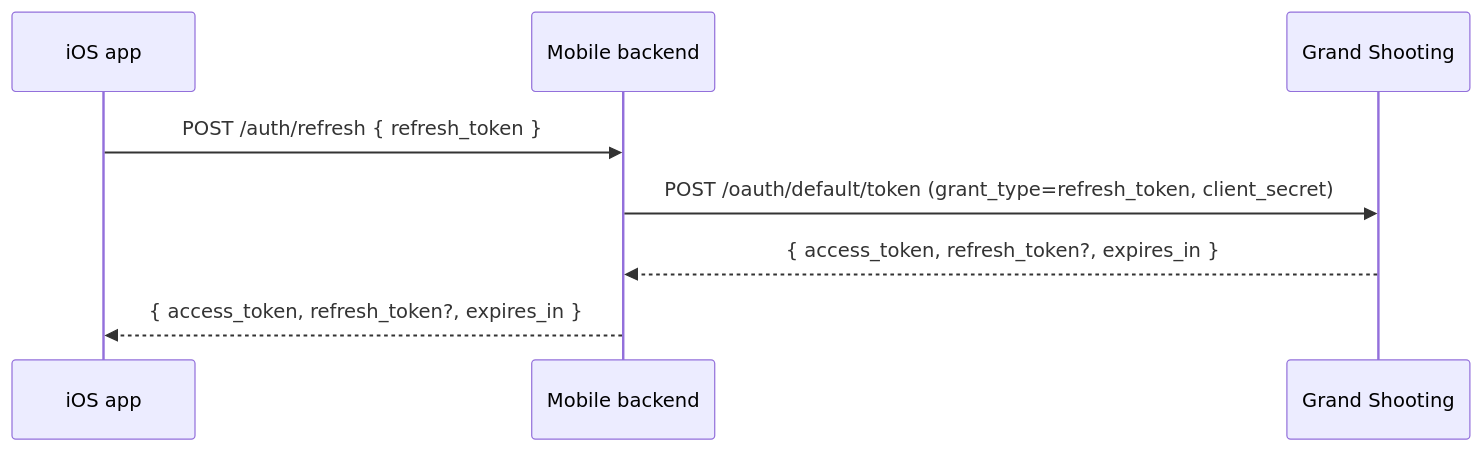
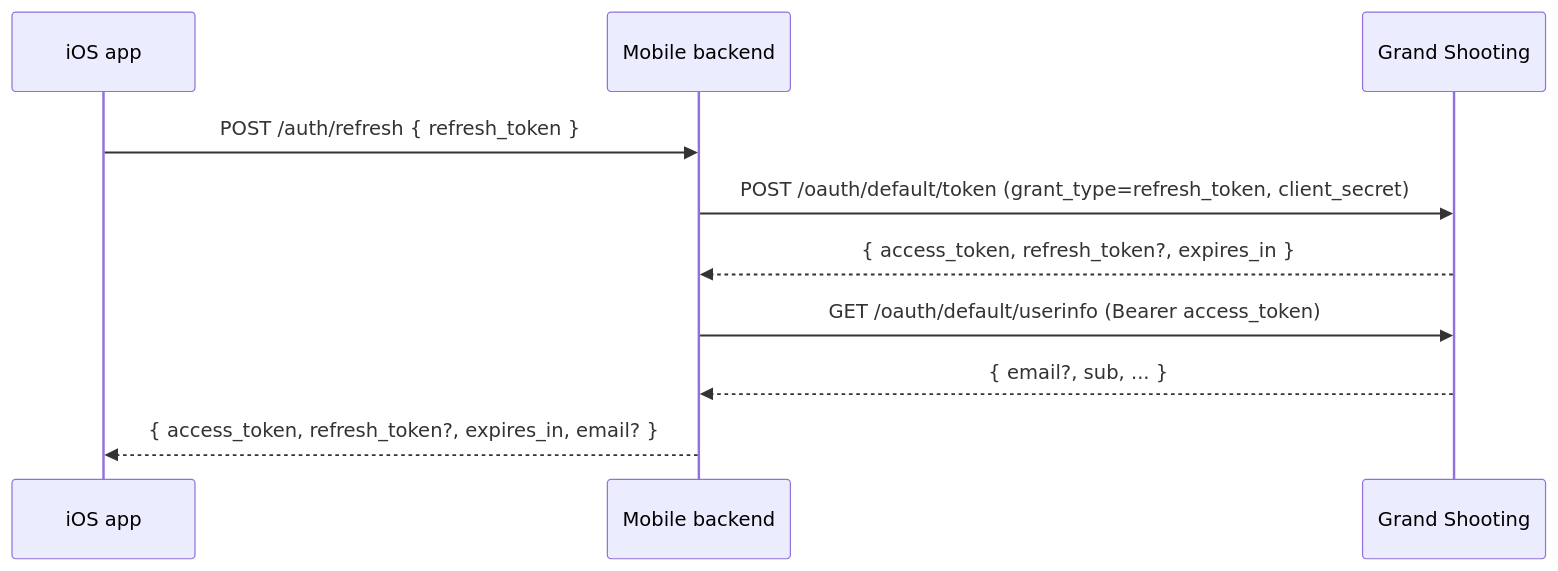
One commit to phumblot-gs/gs-mobile-backend changed the second of 2 diagrams in docs/AUTH-FLOW.md. Above: the diagram before and after it, drawn with Mermaid. The commit also changed other lines of this file and 6 other files, not shown here.

First line of the commit message:
Return user email from /auth/exchange and /auth/refresh

````diff
--- a/docs/AUTH-FLOW.md
+++ b/docs/AUTH-FLOW.md
@@ -42,11 +50,13 @@
 ```mermaid
 sequenceDiagram
   participant iOS as iOS app
   participant API as Mobile backend
   participant GS as Grand Shooting
 
   iOS->>API: POST /auth/refresh { refresh_token }
   API->>GS: POST /oauth/default/token (grant_type=refresh_token, client_secret)
   GS-->>API: { access_token, refresh_token?, expires_in }
-  API-->>iOS: { access_token, refresh_token?, expires_in }
+  API->>GS: GET /oauth/default/userinfo (Bearer access_token)
+  GS-->>API: { email?, sub, ... }
+  API-->>iOS: { access_token, refresh_token?, expires_in, email? }
 ```
````
